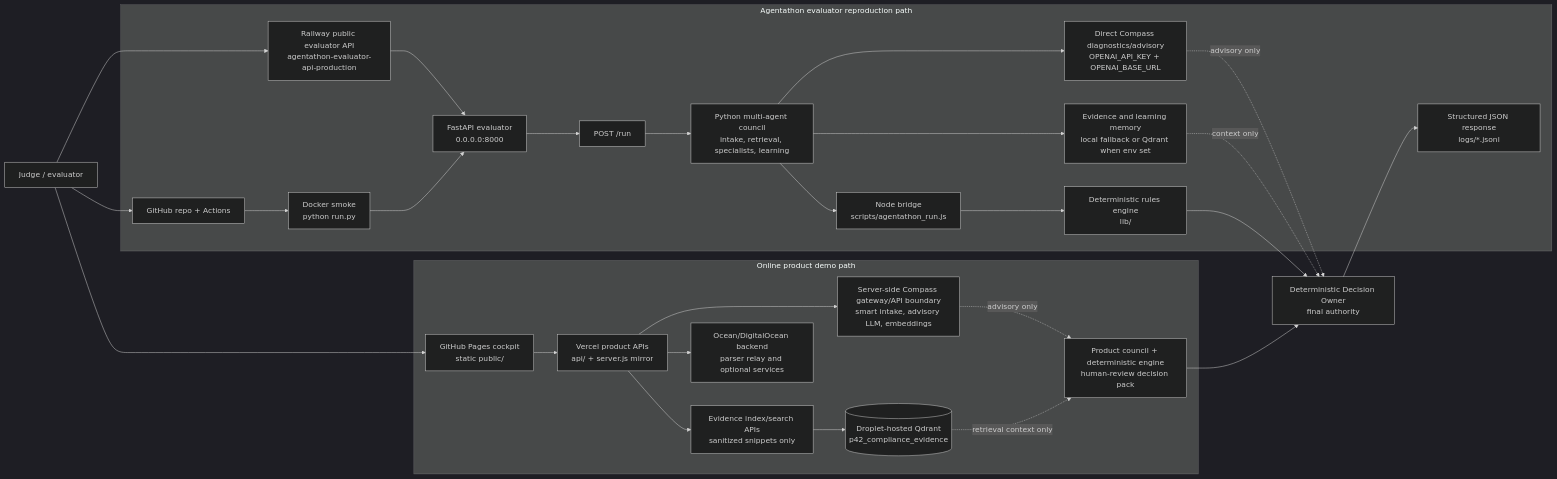
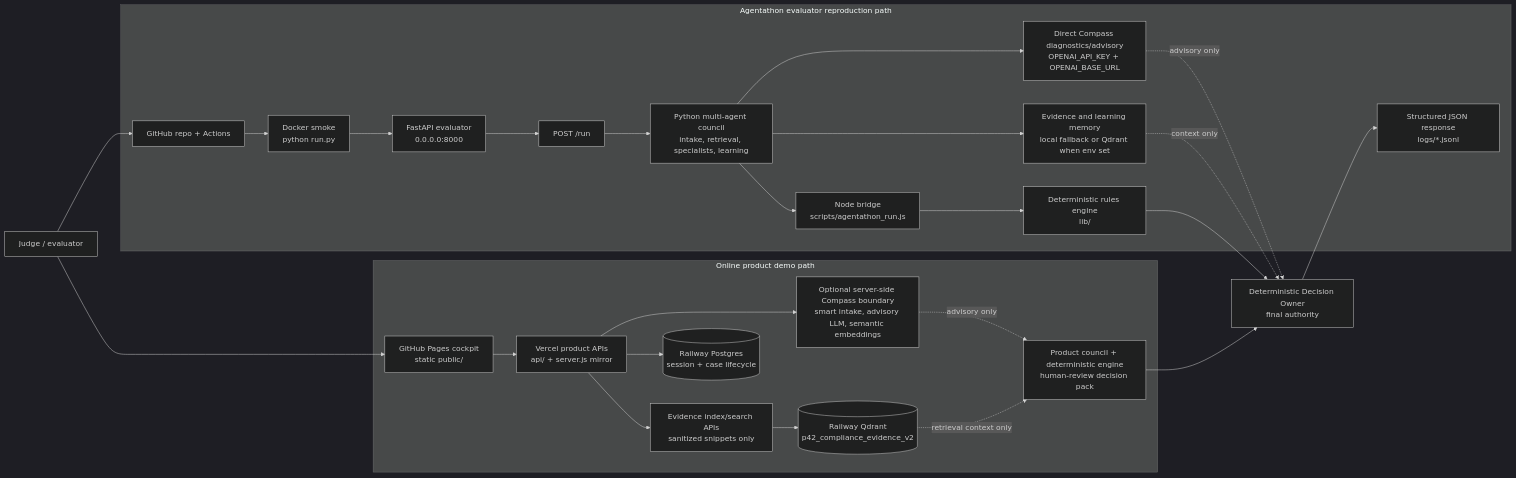
Before and after one commit to slackspac3/Parallax42-Agent-v2: the diagram in docs/AGENTATHON_SYSTEM_ARCHITECTURE.md, drawn with Mermaid (dark theme). The commit also changed other lines of this file and 107 other files, not shown here.

````diff
--- a/docs/AGENTATHON_SYSTEM_ARCHITECTURE.md
+++ b/docs/AGENTATHON_SYSTEM_ARCHITECTURE.md
@@ -40,56 +40,53 @@
 ```mermaid
 flowchart LR
   Judge["Judge / evaluator"]
 
   subgraph OnlineProduct["Online product demo path"]
     Pages["GitHub Pages cockpit<br/>static public/"]
     Vercel["Vercel product APIs<br/>api/ + server.js mirror"]
-    Gateway["Server-side Compass gateway/API boundary<br/>smart intake, advisory LLM, embeddings"]
+    Gateway["Optional server-side Compass boundary<br/>smart intake, advisory LLM, semantic embeddings"]
     EvidenceAPI["Evidence index/search APIs<br/>sanitized snippets only"]
-    Backend["Ocean/DigitalOcean backend<br/>parser relay and optional services"]
-    Qdrant[("Droplet-hosted Qdrant<br/>p42_compliance_evidence")]
+    Postgres[("Railway Postgres<br/>session + case lifecycle")]
+    Qdrant[("Railway Qdrant<br/>p42_compliance_evidence_v2")]
     ProductCouncil["Product council + deterministic engine<br/>human-review decision pack"]
   end
 
   subgraph EvaluatorPath["Agentathon evaluator reproduction path"]
     Repo["GitHub repo + Actions"]
-    Railway["Railway public evaluator API<br/>agentathon-evaluator-api-production"]
     Docker["Docker smoke<br/>python run.py"]
     FastAPI["FastAPI evaluator<br/>0.0.0.0:8000"]
     Run["POST /run"]
     Council["Python multi-agent council<br/>intake, retrieval, specialists, learning"]
     DirectCompass["Direct Compass diagnostics/advisory<br/>OPENAI_API_KEY + OPENAI_BASE_URL"]
     Memory["Evidence and learning memory<br/>local fallback or Qdrant when env set"]
     Bridge["Node bridge<br/>scripts/agentathon_run.js"]
     Rules["Deterministic rules engine<br/>lib/"]
     Logs["Structured JSON response<br/>logs/*.jsonl"]
   end
 
   Owner["Deterministic Decision Owner<br/>final authority"]
 
   Judge --> Pages
   Pages --> Vercel
   Vercel --> Gateway
   Vercel --> EvidenceAPI
-  Vercel --> Backend
+  Vercel --> Postgres
   EvidenceAPI --> Qdrant
   Gateway -. "advisory only" .-> ProductCouncil
   Qdrant -. "retrieval context only" .-> ProductCouncil
   ProductCouncil --> Owner
 
   Judge --> Repo
-  Judge --> Railway
-  Railway --> FastAPI
   Repo --> Docker
   Docker --> FastAPI
   FastAPI --> Run
   Run --> Council
   Council --> DirectCompass
   Council --> Memory
   Council --> Bridge
   Bridge --> Rules
   DirectCompass -. "advisory only" .-> Owner
   Memory -. "context only" .-> Owner
   Rules --> Owner
   Owner --> Logs
 ```
````
